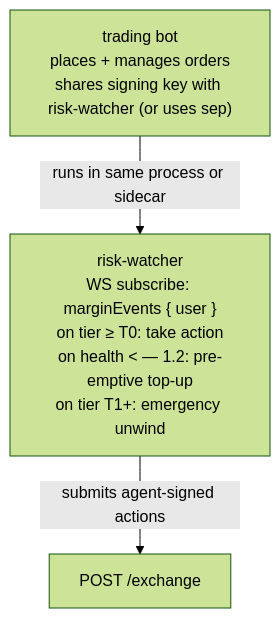
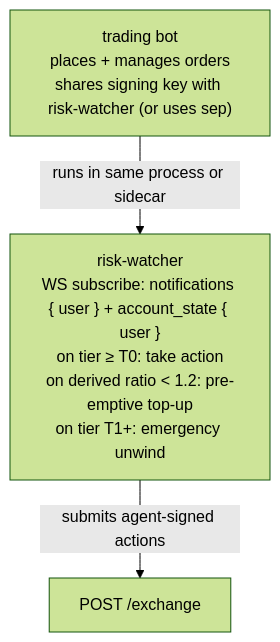
The first of 2 diagrams in docs/integration/risk-watcher.md (mtf-exchange/metaflux-knowledges), drawn with Mermaid (forest theme) before and after one commit. The commit also changed other lines of this file and 31 other files, not shown here.

````diff
--- a/docs/integration/risk-watcher.md
+++ b/docs/integration/risk-watcher.md
@@ -17,9 +17,9 @@
 ```mermaid
 flowchart TD
     bot["trading bot<br/>places + manages orders<br/>shares signing key with risk-watcher (or uses sep)"]
-    watcher["risk-watcher<br/>WS subscribe: marginEvents { user }<br/>on tier ≥ T0: take action<br/>on health &lt — 1.2: pre-emptive top-up<br/>on tier T1+: emergency unwind"]
+    watcher["risk-watcher<br/>WS subscribe: notifications { user } + account_state { user }<br/>on tier ≥ T0: take action<br/>on derived ratio < 1.2: pre-emptive top-up<br/>on tier T1+: emergency unwind"]
     exchange["POST /exchange"]
 
     bot -->|"runs in same process or sidecar"| watcher
     watcher -->|"submits agent-signed actions"| exchange
 ```
````
